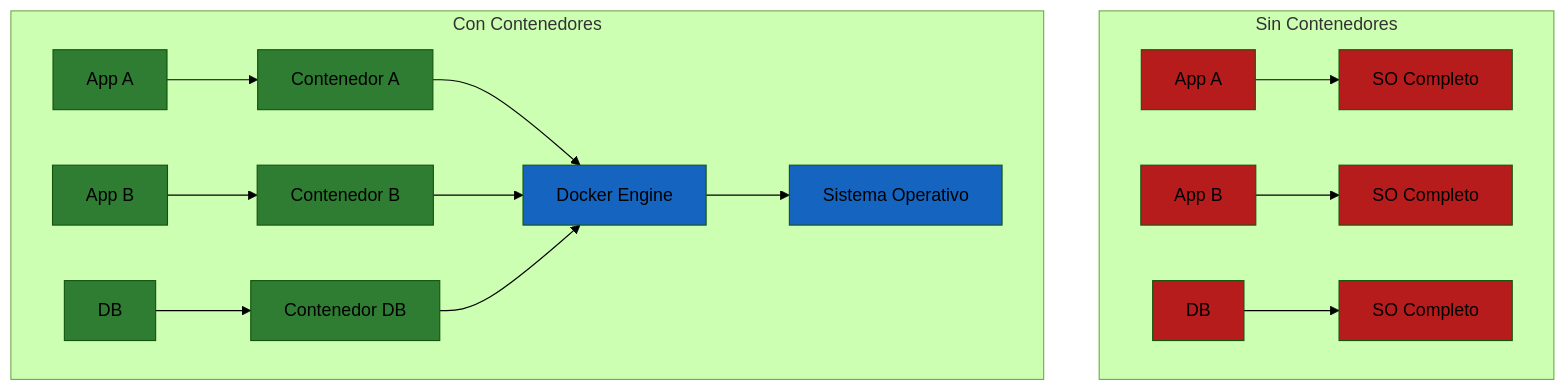
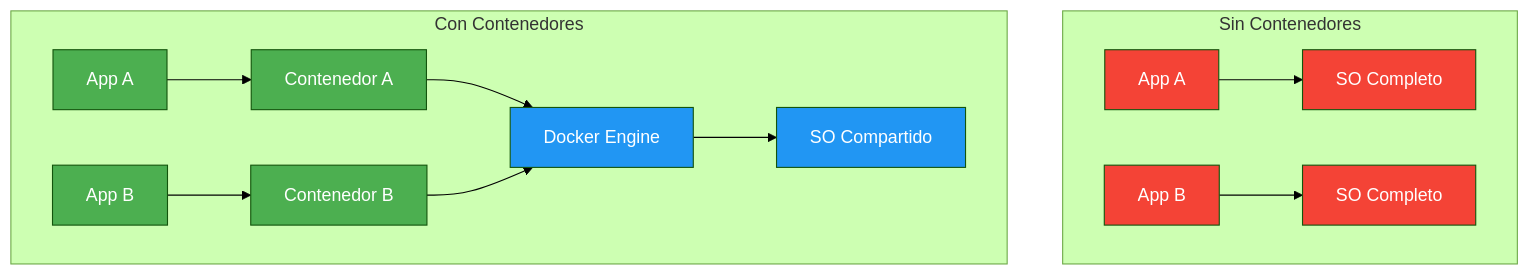
One commit to joseluisgs/DesarrolloWebEntornosServidor-02-2026-2027 changed the diagram in 29-docker.md. Above: the diagram before and after it, drawn with Mermaid (forest theme). The commit also changed other lines of this file and 5 other files, not shown here.

````diff
--- a/29-docker.md
+++ b/29-docker.md
@@ -26,30 +42,24 @@
 ```mermaid
 flowchart TB
     subgraph "Sin Contenedores"
         A1["App A"] --> A2["SO Completo"]
         A3["App B"] --> A4["SO Completo"]
-        A5["DB"] --> A6["SO Completo"]
-        style A1 fill:#B71C1C
-        style A2 fill:#B71C1C
-        style A3 fill:#B71C1C
-        style A4 fill:#B71C1C
-        style A5 fill:#B71C1C
-        style A6 fill:#B71C1C
+        style A1 fill:#f44336,color:#fff
+        style A2 fill:#f44336,color:#fff
+        style A3 fill:#f44336,color:#fff
+        style A4 fill:#f44336,color:#fff
     end
-    
+
     subgraph "Con Contenedores"
         B1["App A"] --> B2["Contenedor A"]
         B3["App B"] --> B4["Contenedor B"]
-        B5["DB"] --> B6["Contenedor DB"]
-        B2 & B4 & B6 --> B7["Docker Engine"]
-        B7 --> B8["Sistema Operativo"]
-        style B1 fill:#2E7D32
-        style B2 fill:#2E7D32
-        style B3 fill:#2E7D32
-        style B4 fill:#2E7D32
-        style B5 fill:#2E7D32
-        style B6 fill:#2E7D32
-        style B7 fill:#1565C0
-        style B8 fill:#1565C0
+        B2 & B4 --> B5["Docker Engine"]
+        B5 --> B6["SO Compartido"]
+        style B1 fill:#4CAF50,color:#fff
+        style B2 fill:#4CAF50,color:#fff
+        style B3 fill:#4CAF50,color:#fff
+        style B4 fill:#4CAF50,color:#fff
+        style B5 fill:#2196F3,color:#fff
+        style B6 fill:#2196F3,color:#fff
     end
 ```
````
